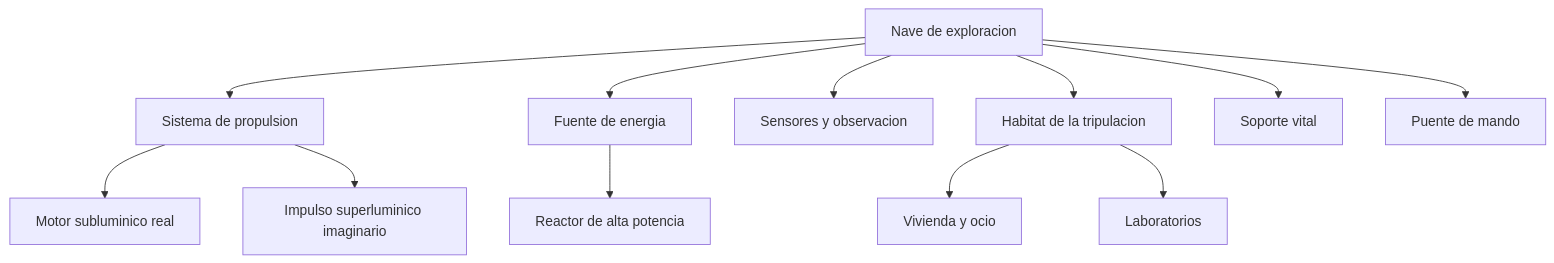
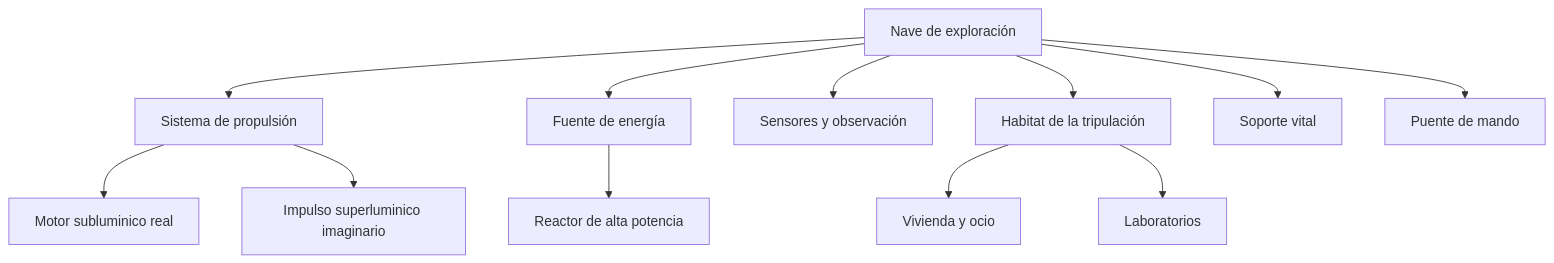
Before and after one commit to vladimiracunadev-create/machine-operator-program: the diagram in vehiculos-fantasticos/nave-exploracion/operacion/caracteristicas-nave-exploracion.md, drawn with Mermaid. The commit also changed other lines of this file and 442 other files, not shown here.

````diff
--- a/vehiculos-fantasticos/nave-exploracion/operacion/caracteristicas-nave-exploracion.md
+++ b/vehiculos-fantasticos/nave-exploracion/operacion/caracteristicas-nave-exploracion.md
@@ -21,14 +21,14 @@
 ```mermaid
 flowchart TD
-    Nave[Nave de exploracion] --> Propulsion[Sistema de propulsion]
-    Nave --> Energia[Fuente de energia]
-    Nave --> Sensores[Sensores y observacion]
-    Nave --> Habitat[Habitat de la tripulacion]
+    Nave[Nave de exploración] --> Propulsion[Sistema de propulsión]
+    Nave --> Energia[Fuente de energía]
+    Nave --> Sensores[Sensores y observación]
+    Nave --> Habitat[Habitat de la tripulación]
     Nave --> Soporte[Soporte vital]
     Nave --> Puente[Puente de mando]
     Propulsion --> Subluminico[Motor subluminico real]
     Propulsion --> Superluminico[Impulso superluminico imaginario]
     Energia --> Reactor[Reactor de alta potencia]
     Habitat --> Vivienda[Vivienda y ocio]
     Habitat --> Laboratorio[Laboratorios]
 ```
````
